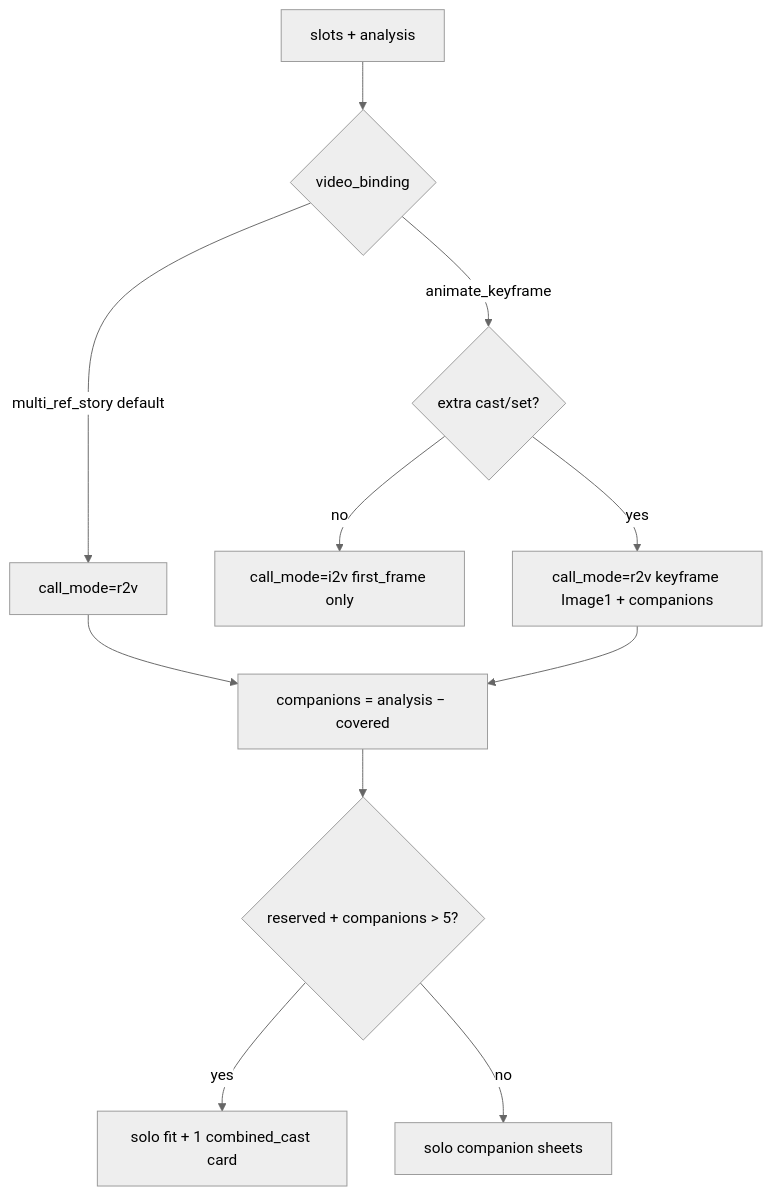
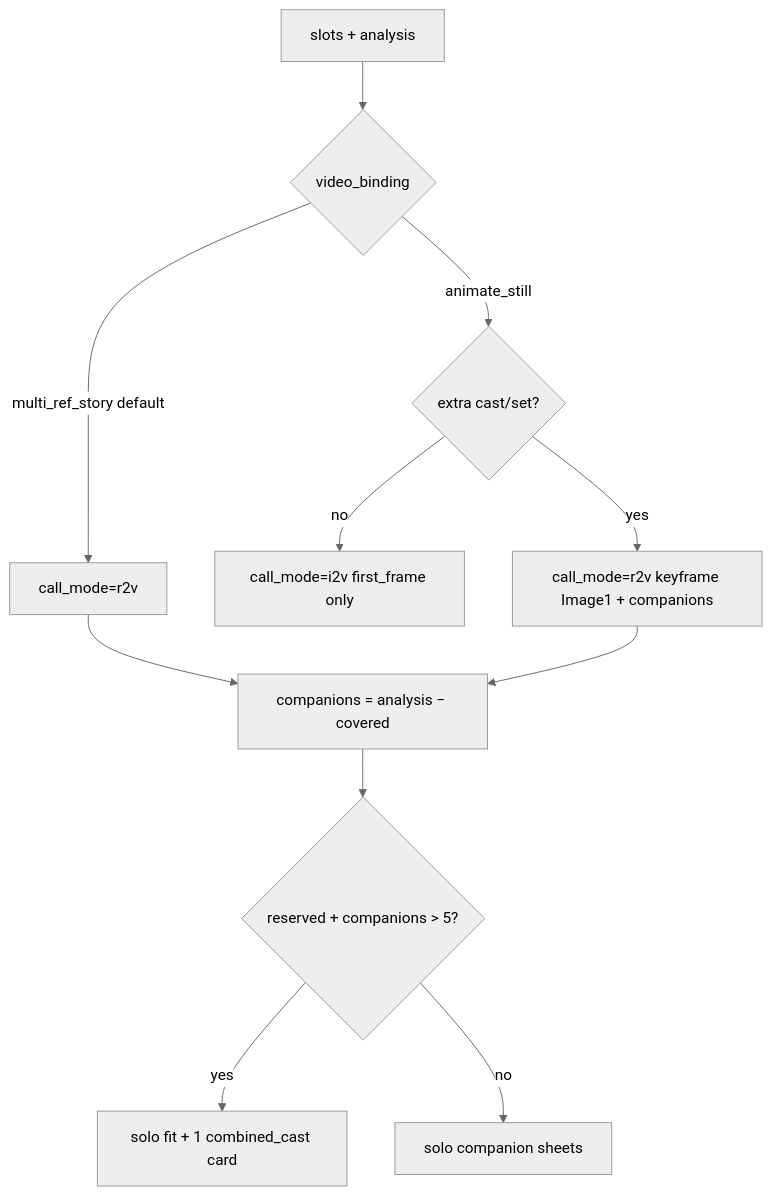
Before and after one commit to openJiuwen-ai/agent-gateway: the second of 2 diagrams in docs/reference-mode/reference-mode-full-pipeline.md, drawn with Mermaid (neutral theme). The commit also changed other lines of this file and 126 other files, not shown here.

````diff
--- a/docs/reference-mode/reference-mode-full-pipeline.md
+++ b/docs/reference-mode/reference-mode-full-pipeline.md
@@ -85,13 +85,13 @@
 ```mermaid
 flowchart TD
   S[slots + analysis] --> VB{video_binding}
   VB -->|multi_ref_story default| R2V[call_mode=r2v]
-  VB -->|animate_keyframe| AK{extra cast/set?}
+  VB -->|animate_still| AK{extra cast/set?}
   AK -->|no| I2V[call_mode=i2v first_frame only]
   AK -->|yes| R2VK[call_mode=r2v keyframe Image1 + companions]
   R2V --> COV[companions = analysis − covered]
   R2VK --> COV
   COV --> CAP{reserved + companions > 5?}
   CAP -->|yes| COMB[solo fit + 1 combined_cast card]
   CAP -->|no| SOLO[solo companion sheets]
 ```
````
